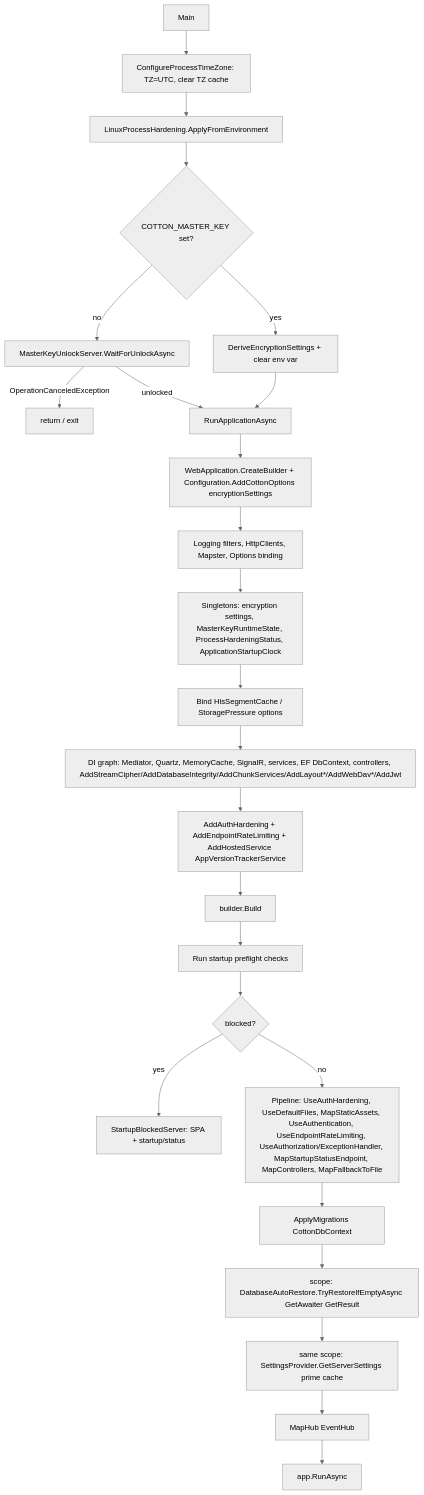
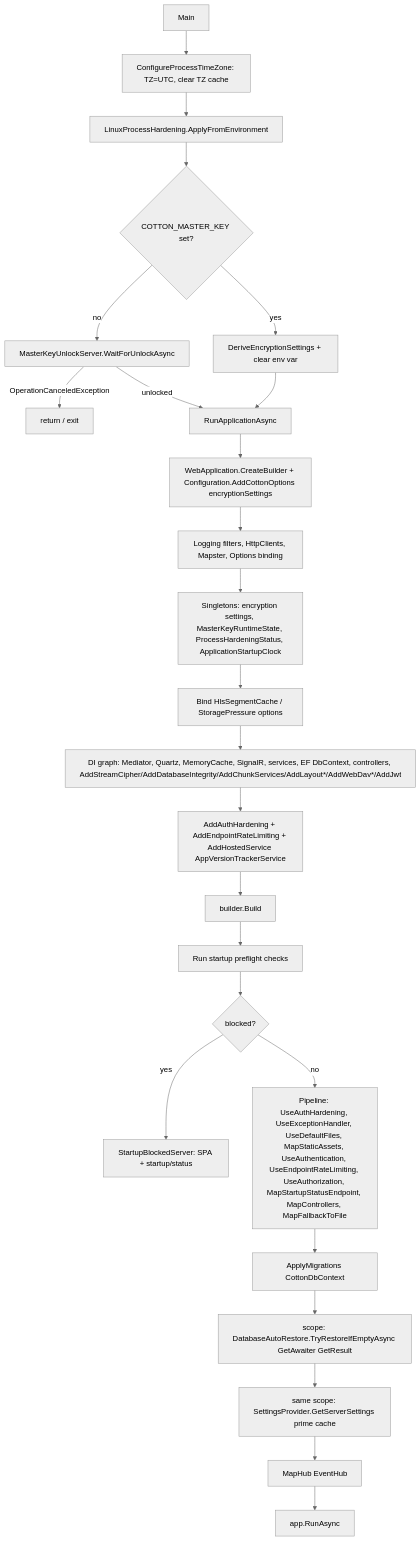
The diagram in docs/technical/25-configuration-startup.md (bvdcode/cotton), drawn with Mermaid (neutral theme) before and after one commit. The commit also changed other lines of this file and 11 other files, not shown here.

````diff
--- a/docs/technical/25-configuration-startup.md
+++ b/docs/technical/25-configuration-startup.md
@@ -258,27 +275,27 @@
 ```mermaid
 flowchart TD
     A[Main] --> B[ConfigureProcessTimeZone: TZ=UTC, clear TZ cache]
     B --> C[LinuxProcessHardening.ApplyFromEnvironment]
     C --> D{COTTON_MASTER_KEY set?}
     D -- yes --> E[DeriveEncryptionSettings + clear env var]
     D -- no --> F[MasterKeyUnlockServer.WaitForUnlockAsync]
     F -- OperationCanceledException --> Z[return / exit]
     E --> G[RunApplicationAsync]
     F -- unlocked --> G
     G --> H[WebApplication.CreateBuilder + Configuration.AddCottonOptions encryptionSettings]
     H --> I[Logging filters, HttpClients, Mapster, Options binding]
     I --> J[Singletons: encryption settings, MasterKeyRuntimeState, ProcessHardeningStatus, ApplicationStartupClock]
     J --> K[Bind HlsSegmentCache / StoragePressure options]
     K --> L[DI graph: Mediator, Quartz, MemoryCache, SignalR, services, EF DbContext, controllers, AddStreamCipher/AddDatabaseIntegrity/AddChunkServices/AddLayout*/AddWebDav*/AddJwt]
     L --> M[AddAuthHardening + AddEndpointRateLimiting + AddHostedService AppVersionTrackerService]
     M --> N[builder.Build]
     N --> O[Run startup preflight checks]
     O --> P{blocked?}
     P -- yes --> Q[StartupBlockedServer: SPA + startup/status]
-    P -- no --> R[Pipeline: UseAuthHardening, UseDefaultFiles, MapStaticAssets, UseAuthentication, UseEndpointRateLimiting, UseAuthorization/ExceptionHandler, MapStartupStatusEndpoint, MapControllers, MapFallbackToFile]
+    P -- no --> R[Pipeline: UseAuthHardening, UseExceptionHandler, UseDefaultFiles, MapStaticAssets, UseAuthentication, UseEndpointRateLimiting, UseAuthorization, MapStartupStatusEndpoint, MapControllers, MapFallbackToFile]
     R --> S[ApplyMigrations CottonDbContext]
     S --> T[scope: DatabaseAutoRestore.TryRestoreIfEmptyAsync GetAwaiter GetResult]
     T --> U[same scope: SettingsProvider.GetServerSettings prime cache]
     U --> V[MapHub EventHub]
     V --> W[app.RunAsync]
 ```
````
